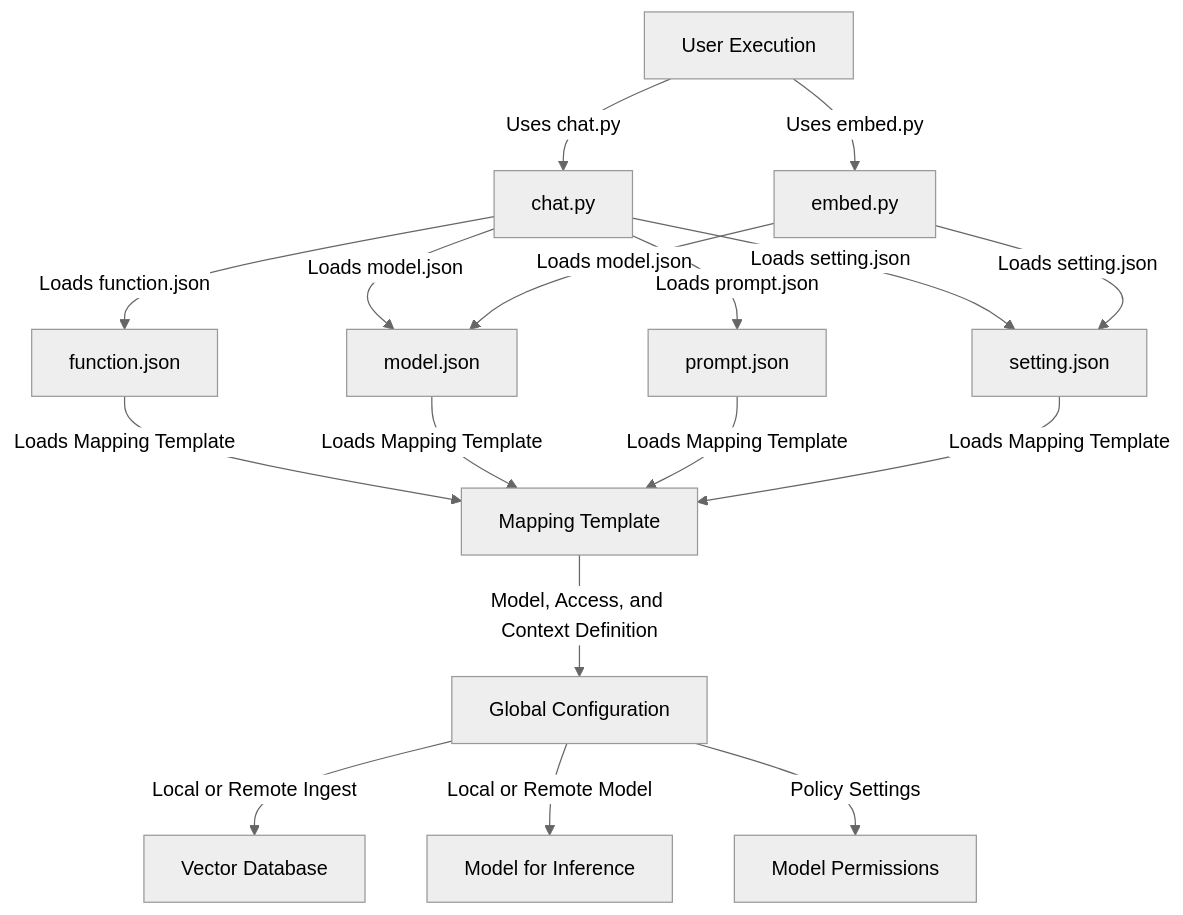
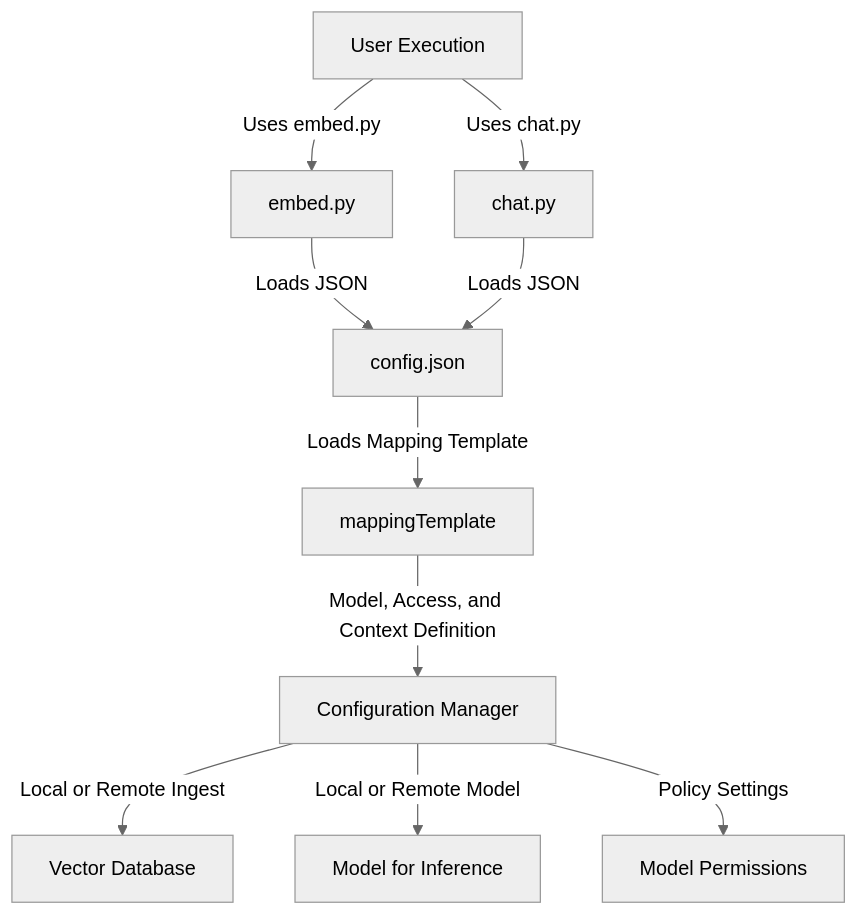
The diagram in docs/diagrams/mermaid/settings.mmd (teleprint-me/py.gpt.prompt), drawn with Mermaid (neutral theme) before and after one commit.

Commit message:
docs: Update and refactor settings diagram

```diff
--- a/docs/diagrams/mermaid/settings.mmd
+++ b/docs/diagrams/mermaid/settings.mmd
@@ -1,17 +1,10 @@
 graph TB
   userExec["User Execution"] -- "Uses chat.py" --> chatPy["chat.py"]
   userExec -- "Uses embed.py" --> embedPy["embed.py"]
-  chatPy -- "Loads function.json" --> functionJson["function.json"]
-  chatPy -- "Loads model.json" --> modelJson["model.json"]
-  chatPy -- "Loads prompt.json" --> promptJson["prompt.json"]
-  chatPy -- "Loads setting.json" --> settingJson["setting.json"]
-  embedPy -- "Loads model.json" --> modelJson
-  embedPy -- "Loads setting.json" --> settingJson
-  functionJson -- "Loads Mapping Template" --> mappingTemplate[Mapping Template]
-  modelJson -- "Loads Mapping Template" --> mappingTemplate
-  promptJson -- "Loads Mapping Template" --> mappingTemplate
-  settingJson -- "Loads Mapping Template" --> mappingTemplate
-  mappingTemplate -- "Model, Access, and Context Definition" --> globalConfig[Global Configuration]
-  globalConfig -- "Local or Remote Ingest" --> vectorDb["Vector Database"]
-  globalConfig -- "Local or Remote Model" --> inferenceModel["Model for Inference"]
-  globalConfig -- "Policy Settings" --> modelPermissions["Model Permissions"]
+  embedPy -- "Loads JSON" --> configJson["config.json"]
+  chatPy -- "Loads JSON" --> configJson["config.json"]
+  configJson -- "Loads Mapping Template" --> mappingTemplate
+  mappingTemplate -- "Model, Access, and Context Definition" --> configManager[Configuration Manager]
+  configManager -- "Local or Remote Ingest" --> vectorDb["Vector Database"]
+  configManager -- "Local or Remote Model" --> inferenceModel["Model for Inference"]
+  configManager -- "Policy Settings" --> modelPermissions["Model Permissions"]
```
